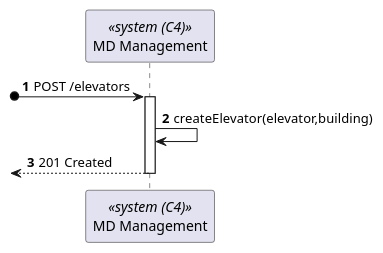
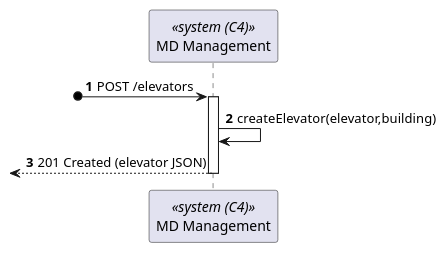
One commit to miseEnPlace-dev/lapr5 changed the diagram in _wiki/sprint-a/us13-270/views/level-2/process-view.puml. Above: the diagram before and after it, drawn with PlantUML. The commit also changed 2 other files, not shown here.

```diff
--- a/_wiki/sprint-a/us13-270/views/level-2/process-view.puml
+++ b/_wiki/sprint-a/us13-270/views/level-2/process-view.puml
@@ -1,13 +1,14 @@
 @startuml process-view
 autonumber
+
 participant SYS as "MD Management" <<system (C4)>>
 
 
 ?o-> SYS : POST /elevators
 activate SYS
 
 SYS -> SYS : createElevator(elevator,building)
-<-- SYS : 201 Created
+<-- SYS : 201 Created (elevator JSON)
 deactivate SYS
 
 @enduml
```
